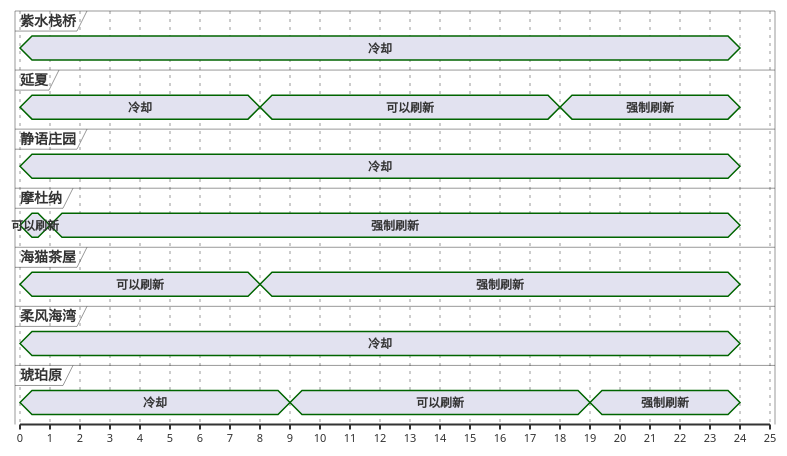
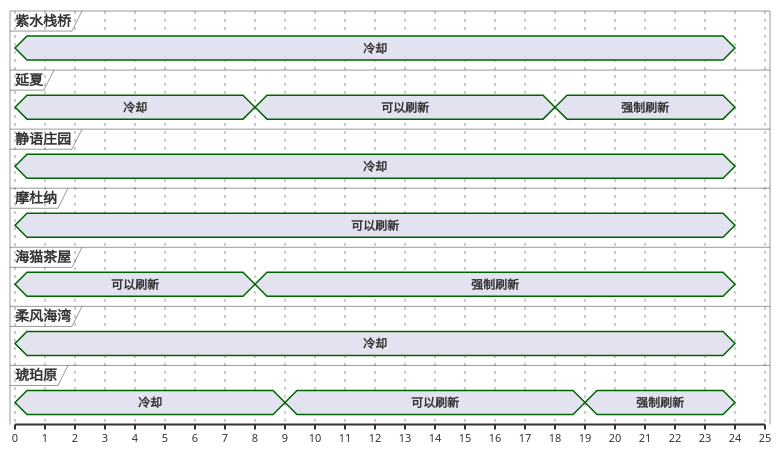
One commit to Eroleice/doc-pi changed the third of 13 diagrams in ffxiv/hunt/2.0/Nunyunuwi.md. Above: the diagram before and after it, drawn with PlantUML. The commit also changed other lines of this file and 38 other files, not shown here.

````diff
--- a/ffxiv/hunt/2.0/Nunyunuwi.md
+++ b/ffxiv/hunt/2.0/Nunyunuwi.md
@@ -139,48 +139,48 @@
 ```plantuml
 @startuml
 scale 1 as 30 pixels
 
 concise 紫水栈桥
 concise 延夏
 concise 静语庄园
 concise 摩杜纳
 concise 海猫茶屋
 concise 柔风海湾
 concise 琥珀原
 
 @摩杜纳
 0 is 可以刷新
-1 is 强制刷新
+0 is 强制刷新
 24 is {hidden}
 
 @海猫茶屋
 0 is 可以刷新
 8 is 强制刷新
 24 is {hidden}
 
 @延夏
 0 is 冷却
 8 is 可以刷新
 18 is 强制刷新
 24 is {hidden}
 
 @琥珀原
 0 is 冷却
 9 is 可以刷新
 19 is 强制刷新
 24 is {hidden}
 
 @紫水栈桥
 0 is 冷却
 24 is {hidden}
 
 @静语庄园
 0 is 冷却
 24 is {hidden}
 
 @柔风海湾
 0 is 冷却
 24 is {hidden}
 
 @enduml
 ```
````
